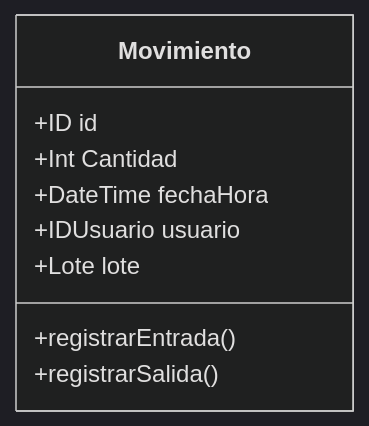
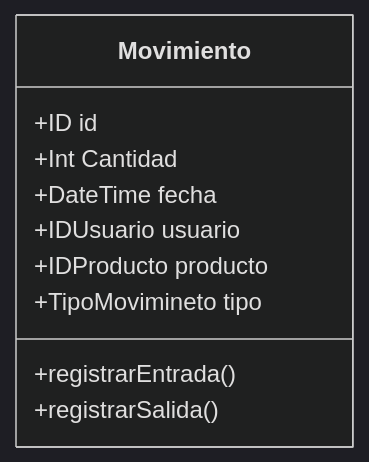
The eighth of 9 diagrams in Diagramas/Diagrama_Clases.md (jose6668/FarmaExpres-backend), drawn with Mermaid (dark theme) before and after one commit. The commit also changed other lines of this file and 6 other files, not shown here.

````diff
--- a/Diagramas/Diagrama_Clases.md
+++ b/Diagramas/Diagrama_Clases.md
@@ -111,13 +114,14 @@
 ```mermaid
 classDiagram
 class Movimiento {
   +ID id
   +Int Cantidad
-  +DateTime fechaHora
+  +DateTime fecha
   +IDUsuario usuario
-  +Lote lote
+  +IDProducto producto
+  +TipoMovimineto tipo
   +registrarEntrada()
   +registrarSalida()
 }
 
 ```
````
